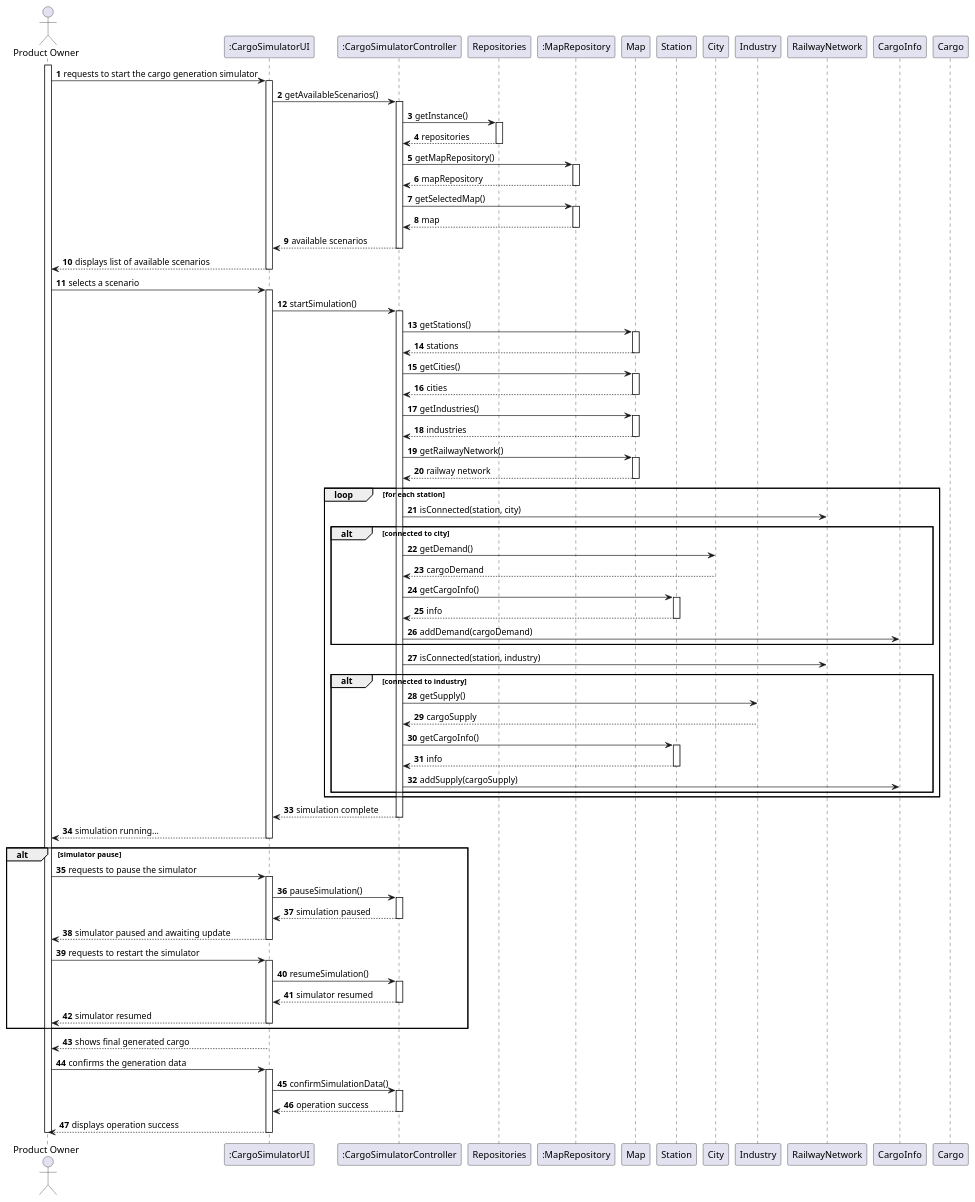
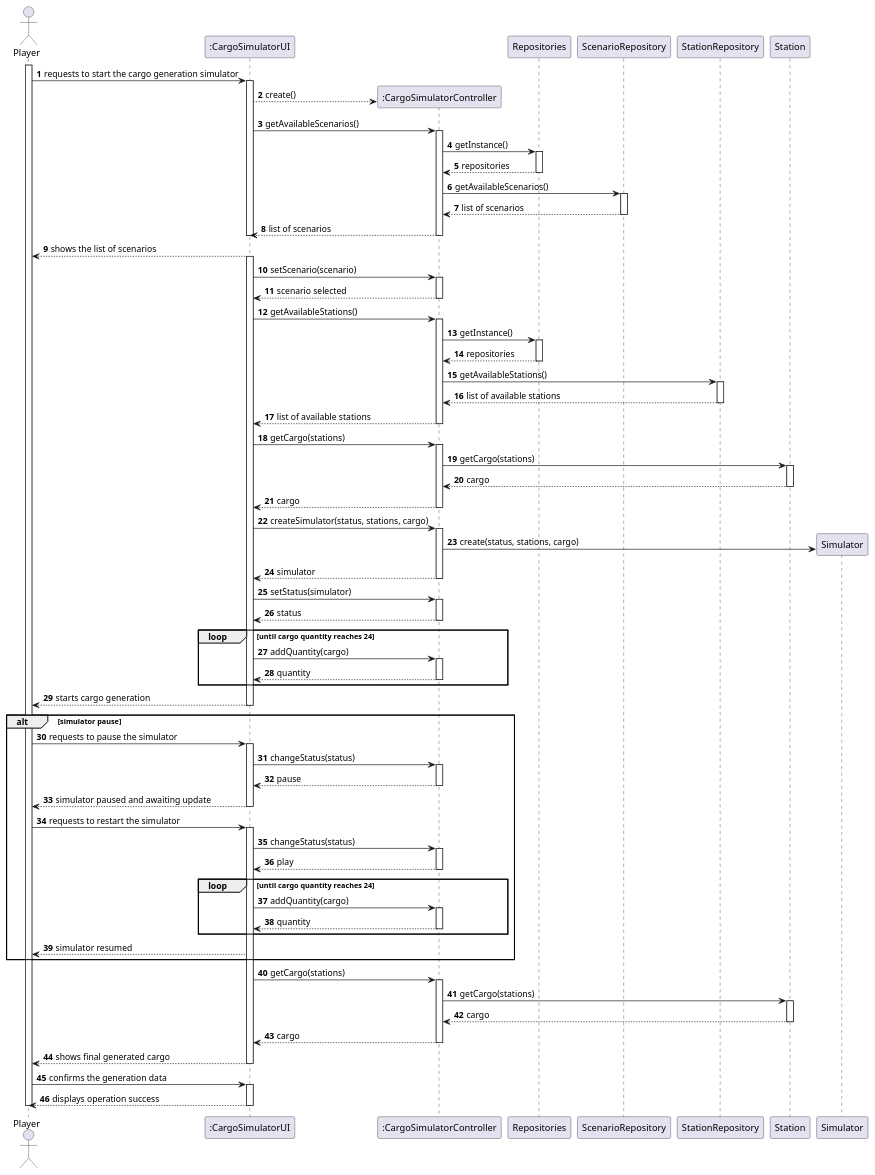
Before and after one commit to 1240935/pi2-railway-simulator: the diagram in Sprint2/US012/03.design/puml/US012-SD-full.puml, drawn with PlantUML. The commit also changed 12 other files, not shown here.

```diff
--- a/Sprint2/US012/03.design/puml/US012-SD-full.puml
+++ b/Sprint2/US012/03.design/puml/US012-SD-full.puml
@@ -1,138 +1,179 @@
 @startuml
 'skinparam monochrome true
 skinparam packageStyle rectangle
 skinparam shadowing false
 
 autonumber
 
-actor "Product Owner" as PO
+actor "Player" as PLAYER
 participant ":CargoSimulatorUI" as UI
 participant ":CargoSimulatorController" as CTRL
 participant "Repositories" as REPOS
-participant ":MapRepository" as MAP_REPOS
-participant "Map" as MAP
+participant "ScenarioRepository" as SREPOS
+participant "StationRepository" as STREPOS
 participant "Station" as STATION
-participant "City" as CITY
-participant "Industry" as INDUSTRY
-participant "RailwayNetwork" as NETWORK
-participant "CargoInfo" as INFO
-participant "Cargo" as CARGO
+participant "Simulator" as SIMULATOR
 
-activate PO
+activate PLAYER
 
-    PO -> UI : requests to start the cargo generation simulator
+    PLAYER -> UI : requests to start the cargo generation simulator
     activate UI
-        UI -> CTRL : getAvailableScenarios()
+
+        UI --> CTRL** : create()
+
+            UI -> CTRL : getAvailableScenarios()
+            activate CTRL
+
+            CTRL -> REPOS : getInstance()
+            activate REPOS
+
+            REPOS --> CTRL: repositories
+
+            deactivate REPOS
+
+            CTRL -> SREPOS : getAvailableScenarios()
+            activate SREPOS
+
+            SREPOS --> CTRL : list of scenarios
+
+            deactivate SREPOS
+            CTRL --> UI : list of scenarios
+            deactivate CTRL
+
+            deactivate UI
+
+            UI --> PLAYER : shows the list of scenarios
+    activate UI
+
+        UI -> CTRL : setScenario(scenario)
         activate CTRL
-            CTRL -> REPOS : getInstance()
-                activate REPOS
-                REPOS --> CTRL : repositories
-                deactivate REPOS
 
-            CTRL -> MAP_REPOS : getMapRepository()
-                activate MAP_REPOS
-                MAP_REPOS --> CTRL : mapRepository
-                deactivate MAP_REPOS
+        CTRL --> UI : scenario selected
+        deactivate CTRL
+        UI -> CTRL : getAvailableStations()
+        activate CTRL
 
-            CTRL -> MAP_REPOS : getSelectedMap()
-                activate MAP_REPOS
-                MAP_REPOS --> CTRL : map
-                deactivate MAP_REPOS
+        CTRL -> REPOS : getInstance()
+          activate REPOS
 
-            CTRL --> UI : available scenarios
+        REPOS --> CTRL: repositories
+
+        deactivate REPOS
+
+        CTRL -> STREPOS : getAvailableStations()
+        activate STREPOS
+
+        STREPOS --> CTRL : list of available stations
+        deactivate STREPOS
+
+        CTRL --> UI: list of available stations
         deactivate CTRL
 
-        UI --> PO : displays list of available scenarios
-    deactivate UI
+        UI -> CTRL: getCargo(stations)
 
-    PO -> UI : selects a scenario
-    activate UI
-        UI -> CTRL : startSimulation()
         activate CTRL
 
-            CTRL -> MAP : getStations()
-            activate MAP
-            MAP --> CTRL : stations
-            deactivate MAP
+        CTRL -> STATION: getCargo(stations)
 
-            CTRL -> MAP : getCities()
-            activate MAP
-            MAP --> CTRL : cities
-            deactivate MAP
+        activate STATION
 
-            CTRL -> MAP : getIndustries()
-            activate MAP
-            MAP --> CTRL : industries
-            deactivate MAP
+        STATION --> CTRL: cargo
 
-            CTRL -> MAP : getRailwayNetwork()
-            activate MAP
-            MAP --> CTRL : railway network
-            deactivate MAP
+        deactivate STATION
 
-            loop for each station
-                CTRL -> NETWORK : isConnected(station, city)
-                alt connected to city
-                    CTRL -> CITY : getDemand()
-                    CITY --> CTRL : cargoDemand
-                    CTRL -> STATION : getCargoInfo()
-                    activate STATION
-                    STATION --> CTRL : info
-                    deactivate STATION
-                    CTRL -> INFO : addDemand(cargoDemand)
-                end alt
-
-                CTRL -> NETWORK : isConnected(station, industry)
-                alt connected to industry
-                    CTRL -> INDUSTRY : getSupply()
-                    INDUSTRY --> CTRL : cargoSupply
-                    CTRL -> STATION : getCargoInfo()
-                    activate STATION
-                    STATION --> CTRL : info
-                    deactivate STATION
-                    CTRL -> INFO : addSupply(cargoSupply)
-                end alt
-            end loop
-
-        CTRL --> UI : simulation complete
+        CTRL --> UI: cargo
         deactivate CTRL
 
-        UI --> PO : simulation running...
-    deactivate UI
+        UI -> CTRL: createSimulator(status, stations, cargo)
+
+        activate CTRL
+
+        CTRL -> SIMULATOR** : create(status, stations, cargo)
+
+        CTRL --> UI : simulator
+
+        deactivate CTRL
+
+        UI -> CTRL: setStatus(simulator)
+
+       activate CTRL
+
+       CTRL--> UI: status
+       deactivate CTRL
+
+       loop until cargo quantity reaches 24
+
+       UI -> CTRL: addQuantity(cargo)
+
+       activate CTRL
+
+       CTRL --> UI: quantity
+       deactivate CTRL
+       end loop
+
+
+        UI --> PLAYER : starts cargo generation
+        deactivate UI
 
     alt simulator pause
 
-        PO -> UI : requests to pause the simulator
+        PLAYER -> UI : requests to pause the simulator
         activate UI
-            UI -> CTRL : pauseSimulation()
+            UI -> CTRL : changeStatus(status)
+
             activate CTRL
-            CTRL --> UI : simulation paused
+
+            CTRL --> UI : pause
             deactivate CTRL
-        UI --> PO : simulator paused and awaiting update
+        UI --> PLAYER : simulator paused and awaiting update
         deactivate UI
 
-        PO -> UI : requests to restart the simulator
+        PLAYER -> UI : requests to restart the simulator
         activate UI
-            UI -> CTRL : resumeSimulation()
+
+            UI -> CTRL : changeStatus(status)
             activate CTRL
-            CTRL --> UI : simulator resumed
+
+            CTRL --> UI : play
             deactivate CTRL
-        UI --> PO : simulator resumed
-        deactivate UI
+
+             loop until cargo quantity reaches 24
+
+                   UI -> CTRL: addQuantity(cargo)
+
+                   activate CTRL
+
+                   CTRL --> UI: quantity
+                   deactivate CTRL
+                   end loop
+            deactivate CTRL
+        UI --> PLAYER : simulator resumed
 
     end alt
 
-    UI --> PO : shows final generated cargo
+    UI -> CTRL: getCargo(stations)
+
+            activate CTRL
+
+            CTRL -> STATION: getCargo(stations)
+
+            activate STATION
+
+            STATION --> CTRL: cargo
+
+            deactivate STATION
+
+            CTRL --> UI: cargo
+            deactivate CTRL
+
+    UI --> PLAYER : shows final generated cargo
     deactivate UI
 
-    PO -> UI : confirms the generation data
+    PLAYER -> UI : confirms the generation data
     activate UI
-        UI -> CTRL : confirmSimulationData()
-        activate CTRL
-        CTRL --> UI : operation success
-        deactivate CTRL
-    UI --> PO : displays operation success
+
+    UI --> PLAYER : displays operation success
     deactivate UI
 
-deactivate PO
+deactivate PLAYER
 @enduml
```
